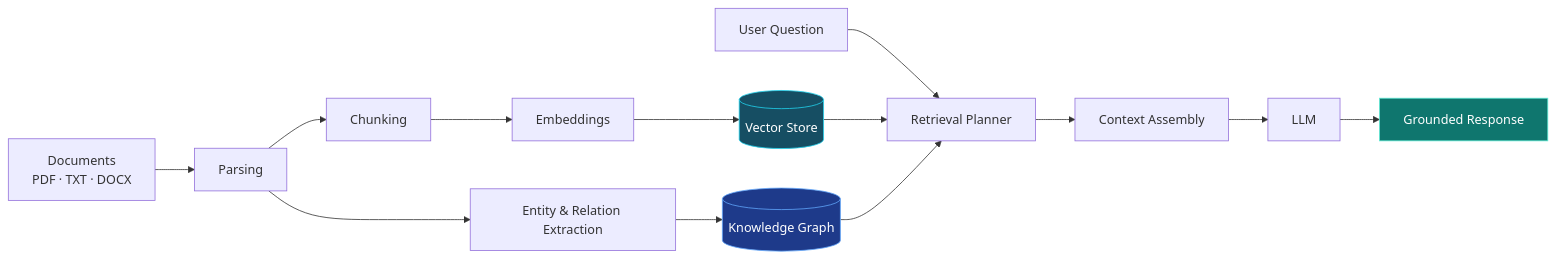
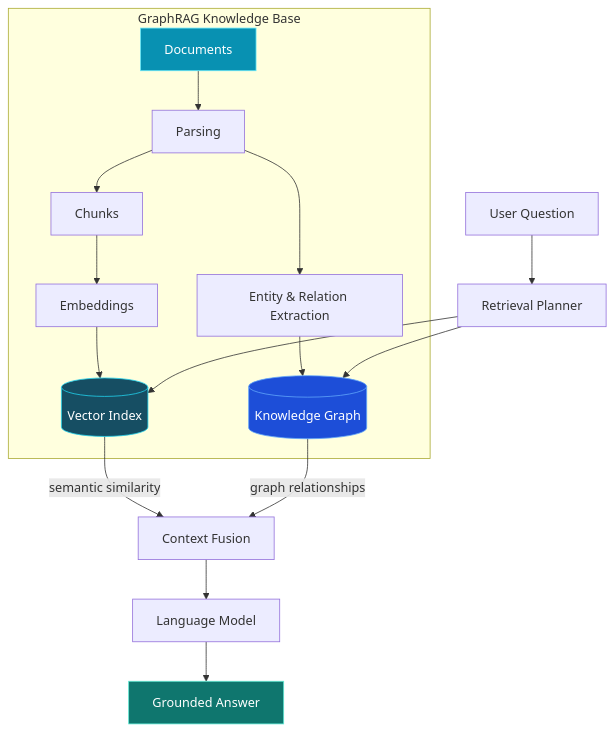
The diagram in README.md (bhuvansmegalamane1/bhuvansmegalamane1), drawn with Mermaid before and after one commit. The commit also changed other lines of this file, not shown here.

````diff
--- a/README.md
+++ b/README.md
@@ -119,22 +119,25 @@
 ```mermaid
-flowchart LR
-    A["Documents\nPDF · TXT · DOCX"] --> B["Parsing"]
-    B --> C["Chunking"]
-    C --> D["Embeddings"]
-    D --> E[("Vector Store")]
+graph TD
+    Q["User Question"] --> RP["Retrieval Planner"]
 
-    B --> F["Entity & Relation Extraction"]
-    F --> G[("Knowledge Graph")]
+    subgraph Knowledge["GraphRAG Knowledge Base"]
+        D["Documents"] --> P["Parsing"]
+        P --> CH["Chunks"]
+        P --> EN["Entity & Relation Extraction"]
+        CH --> EM["Embeddings"]
+        EM --> VS[("Vector Index")]
+        EN --> KG[("Knowledge Graph")]
+    end
 
-    H["User Question"] --> I["Retrieval Planner"]
-    E --> I
-    G --> I
+    RP --> VS
+    RP --> KG
+    VS -->|semantic similarity| FC["Context Fusion"]
+    KG -->|graph relationships| FC
+    FC --> LLM["Language Model"]
+    LLM --> A["Grounded Answer"]
 
-    I --> J["Context Assembly"]
-    J --> K["LLM"]
-    K --> L["Grounded Response"]
-
-    style E fill:#164e63,stroke:#22d3ee,color:#ffffff
-    style G fill:#1e3a8a,stroke:#60a5fa,color:#ffffff
-    style L fill:#0f766e,stroke:#5eead4,color:#ffffff
+    style D fill:#0891b2,stroke:#67e8f9,color:#ffffff
+    style KG fill:#1d4ed8,stroke:#60a5fa,color:#ffffff
+    style VS fill:#164e63,stroke:#22d3ee,color:#ffffff
+    style A fill:#0f766e,stroke:#5eead4,color:#ffffff
 ```
````
